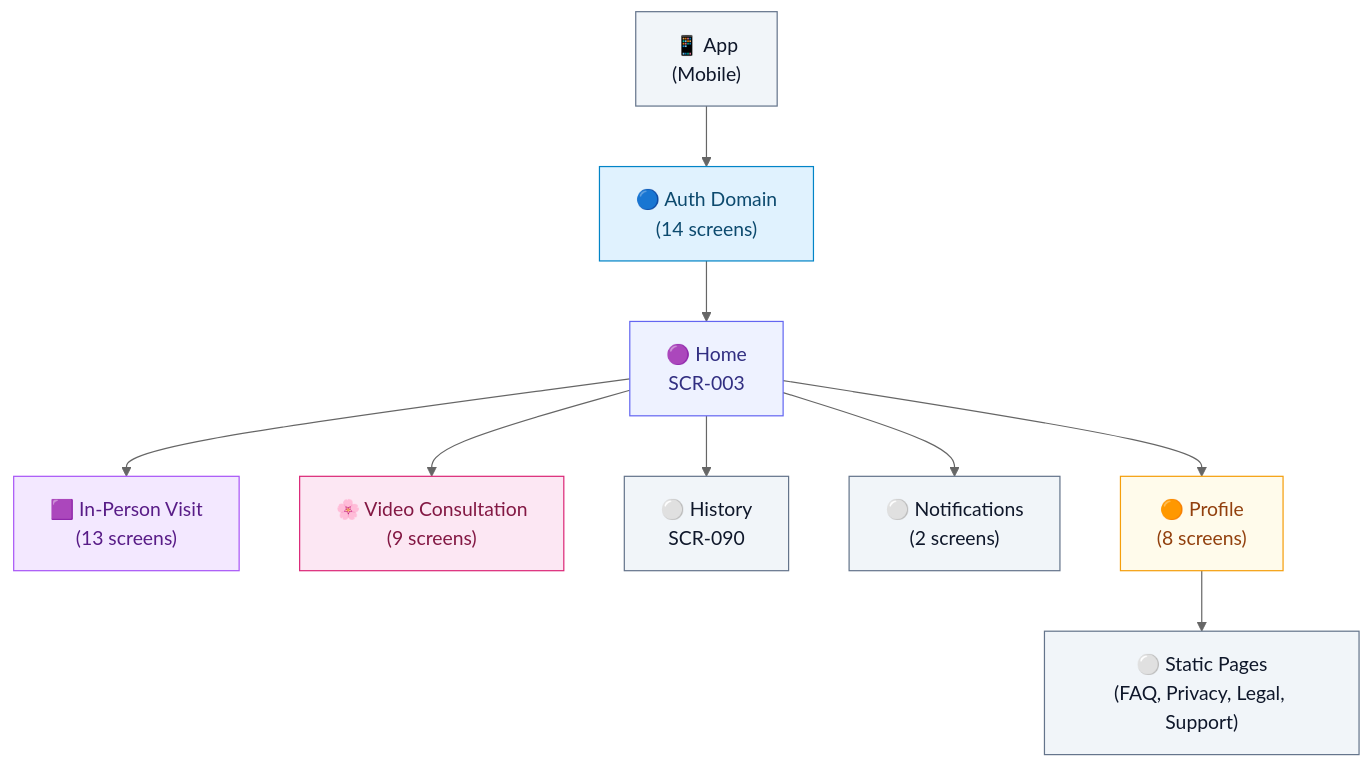
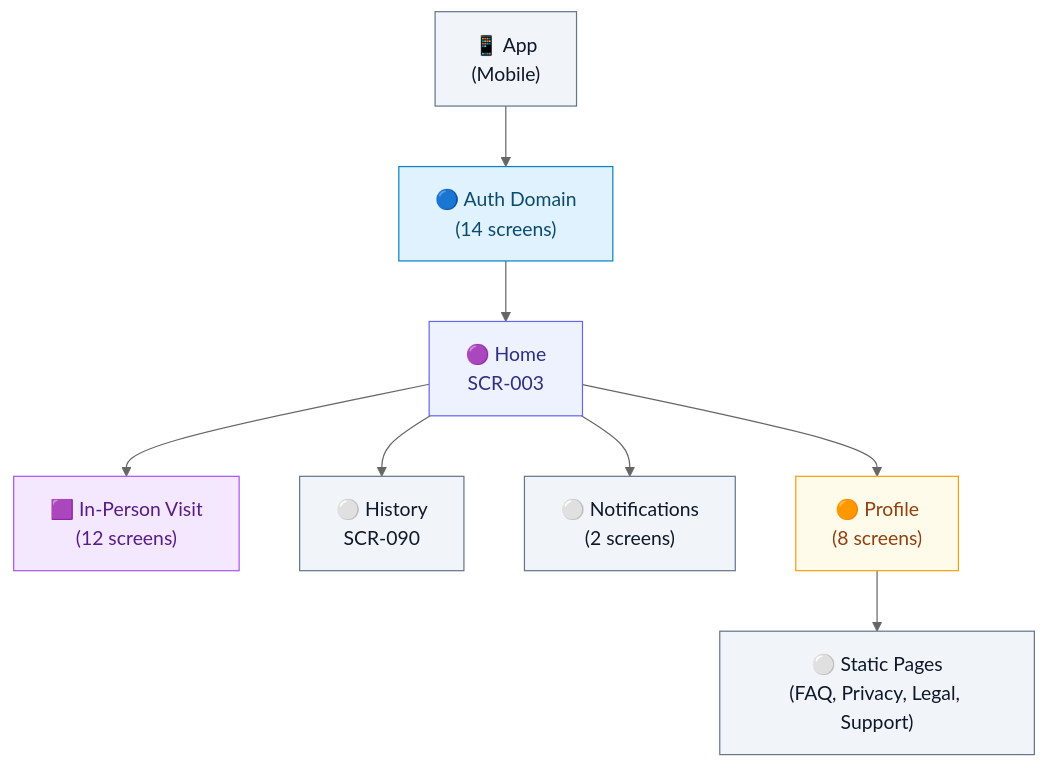
The first of 2 diagrams in docs/artifacts/ia-map/IA.md (garyctc/MedAlpha-Flow), drawn with Mermaid (neutral theme) before and after one commit. The commit also changed other lines of this file and 7 other files, not shown here.

First line of the commit message:
Hide video consultation for V1

````diff
--- a/docs/artifacts/ia-map/IA.md
+++ b/docs/artifacts/ia-map/IA.md
@@ -16,36 +16,32 @@
 ```mermaid
 graph TD
     App["📱 App<br/>(Mobile)"]
     Auth["🔵 Auth Domain<br/>(14 screens)"]
     Home["🟣 Home<br/>SCR-003"]
-    InPerson["🟪 In-Person Visit<br/>(13 screens)"]
-    Video["🌸 Video Consultation<br/>(9 screens)"]
+    InPerson["🟪 In-Person Visit<br/>(12 screens)"]
     History["⚪ History<br/>SCR-090"]
     Notif["⚪ Notifications<br/>(2 screens)"]
     Profile["🟠 Profile<br/>(8 screens)"]
     Static["⚪ Static Pages<br/>(FAQ, Privacy, Legal, Support)"]
 
     App --> Auth
     Auth --> Home
     Home --> InPerson
-    Home --> Video
     Home --> History
     Home --> Notif
     Home --> Profile
     Profile --> Static
 
     classDef auth fill:#E0F2FE,stroke:#0284C7,color:#0C4A6E
     classDef hub fill:#EEF2FF,stroke:#6366F1,color:#312E81
     classDef inperson fill:#F3E8FF,stroke:#A855F7,color:#581C87
-    classDef video fill:#FCE7F3,stroke:#DB2777,color:#831843
     classDef profile fill:#FFFBEB,stroke:#F59E0B,color:#92400E
     classDef system fill:#F1F5F9,stroke:#64748B,color:#0F172A
 
     class App system
     class Auth auth
     class Home hub
     class InPerson inperson
-    class Video video
     class Profile profile
     class History,Notif,Static system
 ```
````
